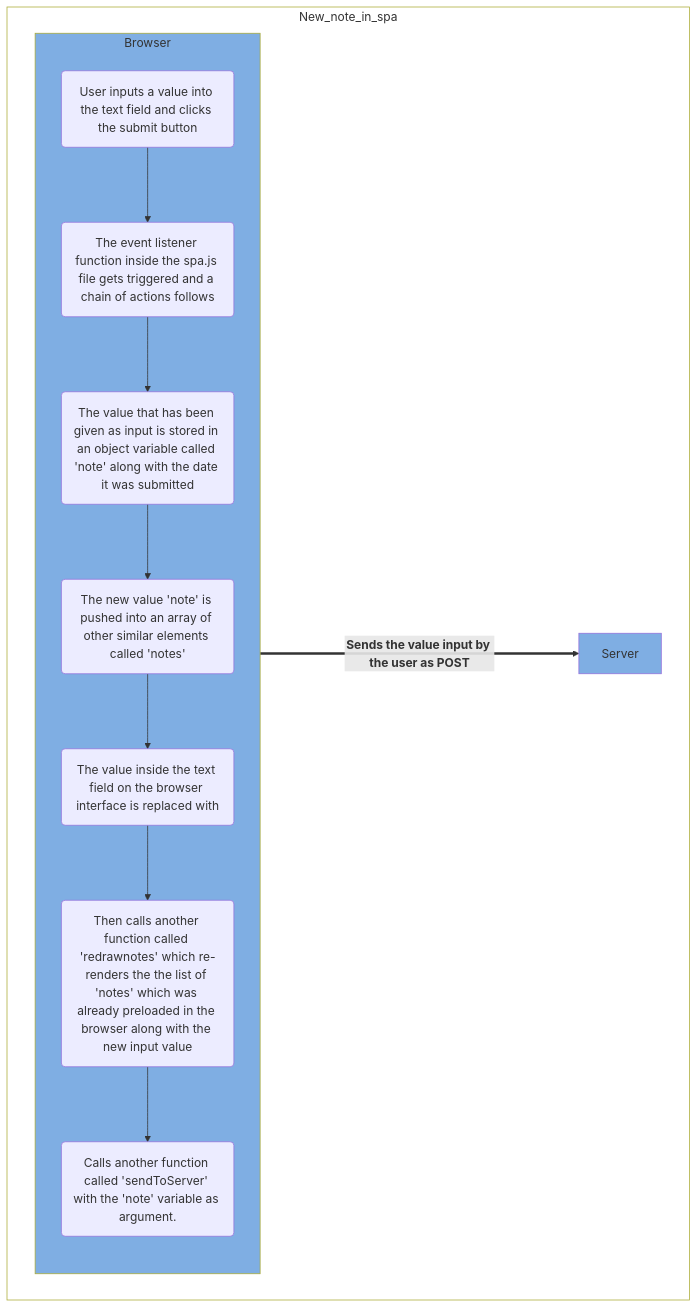
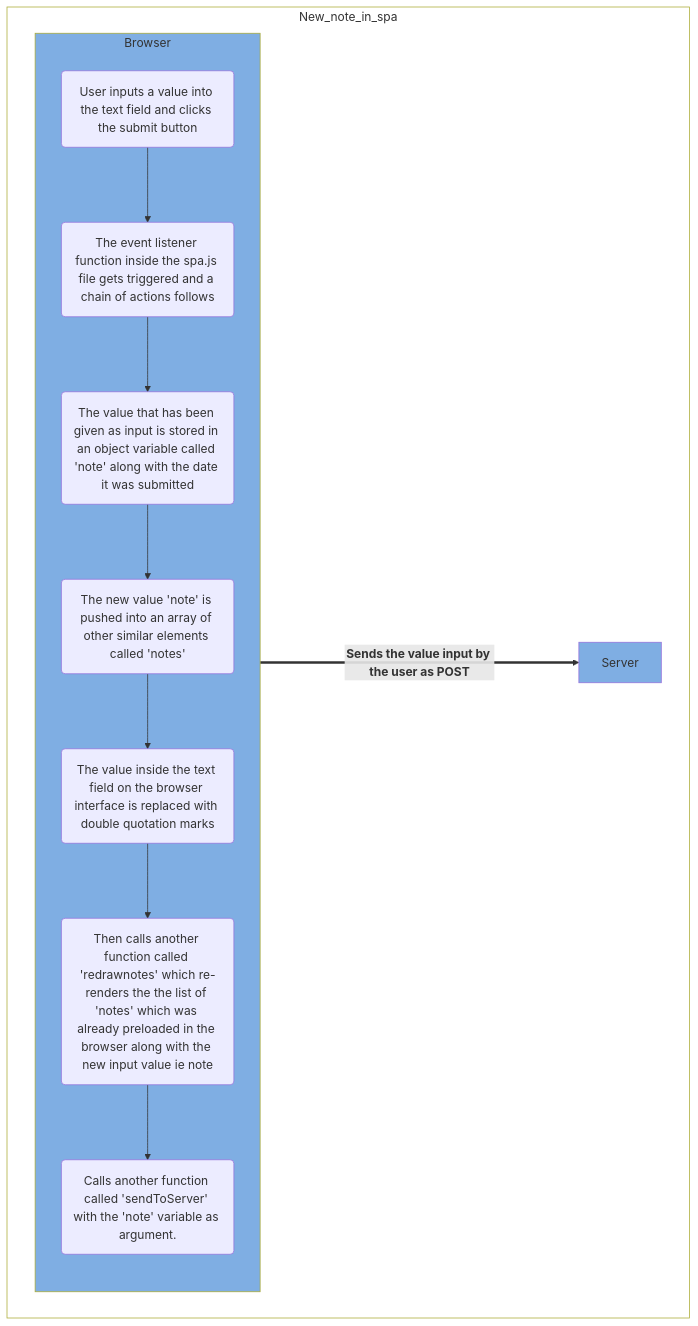
One commit to Deepesh2023/full-stack-open changed the diagram in part_0/new_note_in_spa_diagram.md. Above: the diagram before and after it, drawn with Mermaid.

Commit message:
fixed some typos

````diff
--- a/part_0/new_note_in_spa_diagram.md
+++ b/part_0/new_note_in_spa_diagram.md
@@ -1,38 +1,39 @@
 ```mermaid
 
-    flowchart
+    flowchart LR
 
     subgraph Browser
     direction TB
 
         step1(User inputs a value into the text field and clicks the submit button)
 
         step2(The event listener function inside the spa.js file gets triggered and a chain of actions follows)
 
         step3(The value that has been given as input is stored in an object variable called 'note' along with the date it was submitted)
 
         step4(The new value 'note' is pushed into an array of other similar elements called 'notes')
 
-        step5(The value inside the text field on the browser interface is replaced with "")
+        step5(The value inside the text field on the browser interface is replaced with double quotation marks)
 
-        step6(Then calls another function called 'redrawnotes' which re-renders the the list of 'notes' which was already preloaded in the browser along with the new input value)
+        step6(Then calls another function called 'redrawnotes' which re-renders the the list of 'notes' which was already preloaded in the browser along with the new input value ie note)
 
         step7(Calls another function called 'sendToServer' with the 'note' variable as argument.)
 
         step1 --> step2 --> step3 --> step4 --> step5 --> step6 --> step7
     end
 
     subgraph New_note_in_spa
     direction LR
         Browser ====> |"` **Sends the value input by the user as POST** `"| Server
     end
 
+
     style New_note_in_spa fill: #fff
     style Browser fill: #7faee3
     style Server fill: #7faee3
 
 
 
 
 
 ```
````
